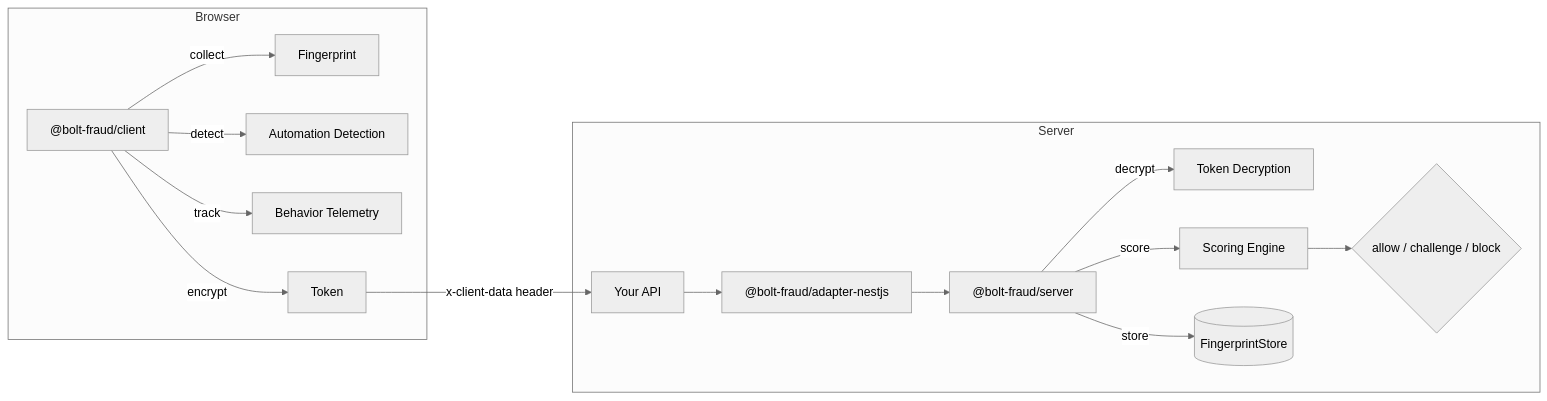
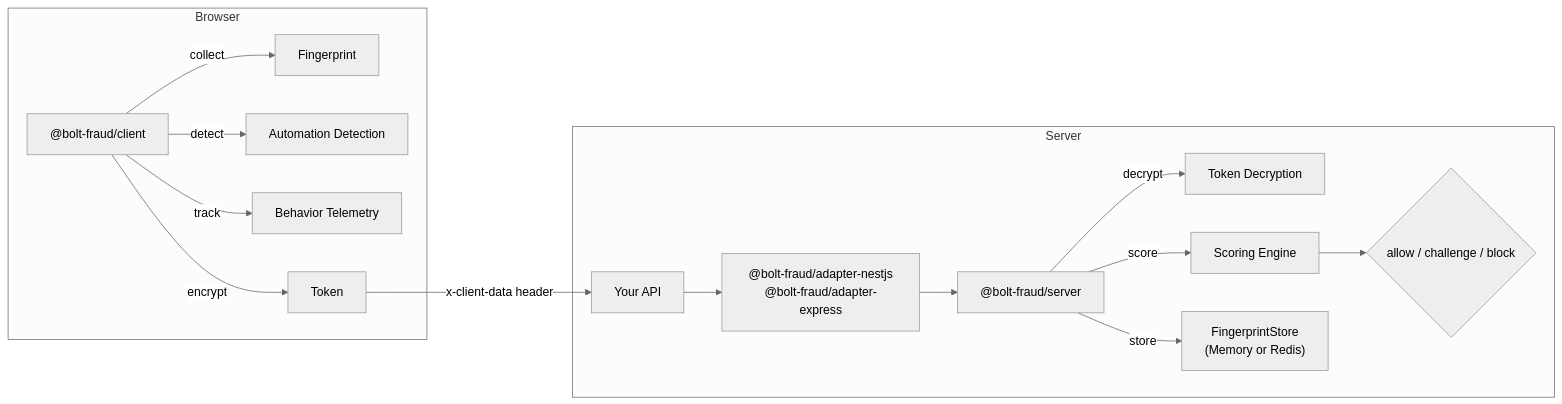
The diagram in README.md (soysaucem/bolt-fraud), drawn with Mermaid (neutral theme) before and after one commit. The commit also changed other lines of this file and 2 other files, not shown here.

First line of the commit message:
docs: update documentation for Redis store, Express adapter, and CI/CD

````diff
--- a/README.md
+++ b/README.md
@@ -7,21 +7,21 @@
 ```mermaid
 graph LR
   subgraph Browser
     SDK["@bolt-fraud/client"]
     SDK -->|collect| FP[Fingerprint]
     SDK -->|detect| AD[Automation Detection]
     SDK -->|track| BH[Behavior Telemetry]
     SDK -->|encrypt| TK[Token]
   end
 
   TK -->|x-client-data header| API[Your API]
 
   subgraph Server
-    API --> Guard["@bolt-fraud/adapter-nestjs"]
-    Guard --> Core["@bolt-fraud/server"]
+    API --> Adapters["@bolt-fraud/adapter-nestjs<br/>@bolt-fraud/adapter-express"]
+    Adapters --> Core["@bolt-fraud/server"]
     Core -->|decrypt| Dec[Token Decryption]
     Core -->|score| SE[Scoring Engine]
     SE --> Decision{allow / challenge / block}
-    Core -->|store| Store[(FingerprintStore)]
+    Core -->|store| Store["FingerprintStore<br/>(Memory or Redis)"]
   end
 ```
````
